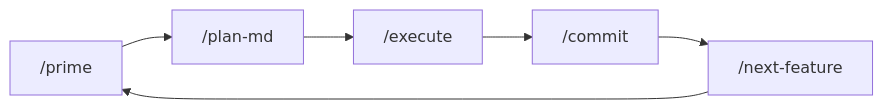
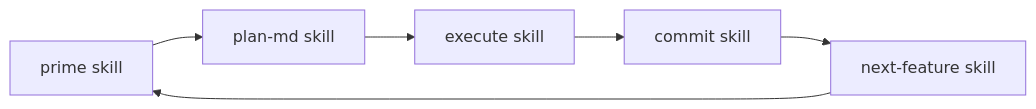
The diagram in docs/STRUCTURE.md (masta-g3/rules), drawn with Mermaid before and after one commit. The commit also changed other lines of this file and 23 other files, not shown here.

First line of the commit message:
Migrate workflow system to skills-first architecture.

````diff
--- a/docs/STRUCTURE.md
+++ b/docs/STRUCTURE.md
@@ -55,8 +56,8 @@
 ```mermaid
 graph LR
-    prime["/prime"] --> plan["/plan-md"]
-    plan --> execute["/execute"]
-    execute --> commit["/commit"]
-    commit --> next["/next-feature"]
+    prime["prime skill"] --> plan["plan-md skill"]
+    plan --> execute["execute skill"]
+    execute --> commit["commit skill"]
+    commit --> next["next-feature skill"]
     next --> prime
 ```
````
